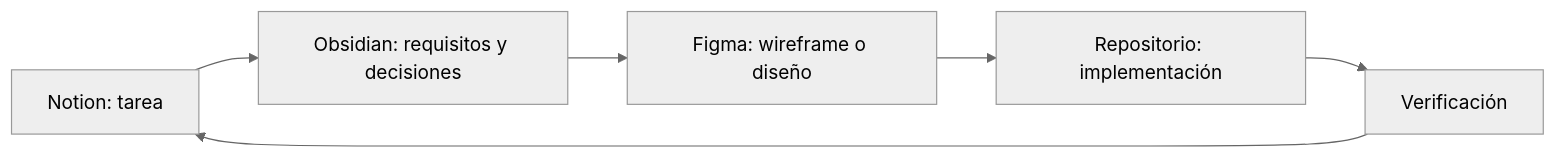
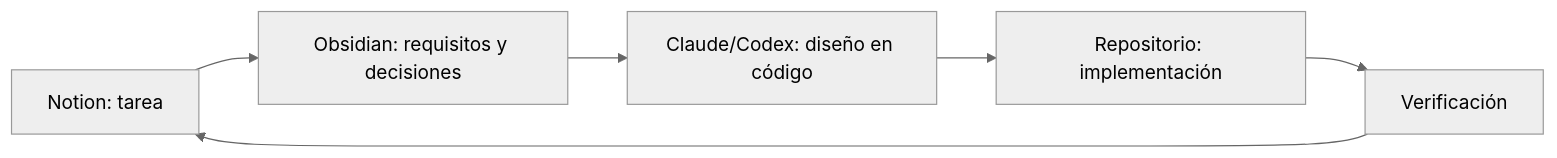
Before and after one commit to VillarroelSergio/TuDespensa: the diagram in docs/00-Project/00-MiDespensa-Hub.md, drawn with Mermaid (neutral theme). The commit also changed other lines of this file and 22 other files, not shown here.

````diff
--- a/docs/00-Project/00-MiDespensa-Hub.md
+++ b/docs/00-Project/00-MiDespensa-Hub.md
@@ -96,8 +84,8 @@
 ```mermaid
 flowchart LR
     N["Notion: tarea"] --> O["Obsidian: requisitos y decisiones"]
-    O --> F["Figma: wireframe o diseño"]
-    F --> C["Repositorio: implementación"]
+    O --> D["Claude/Codex: diseño en código"]
+    D --> C["Repositorio: implementación"]
     C --> V["Verificación"]
     V --> N
 ```
````
